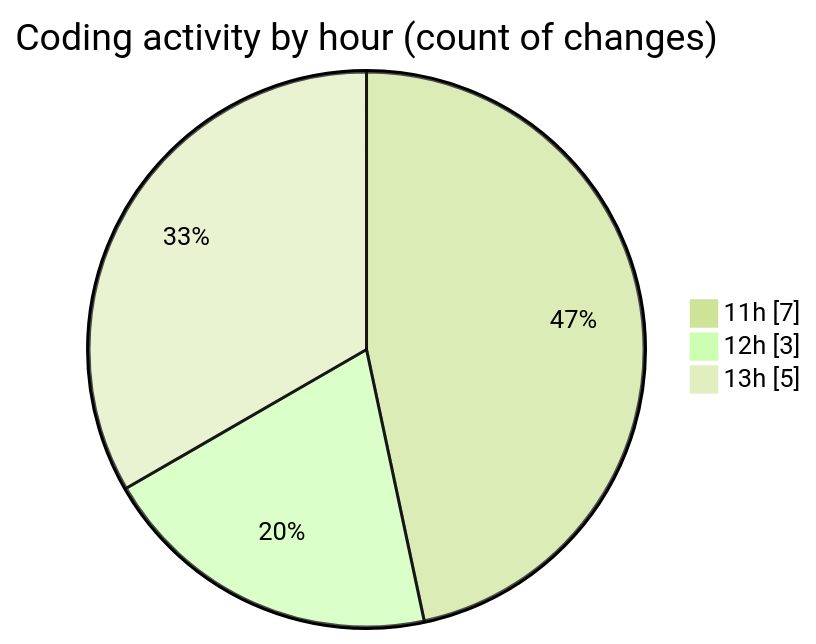
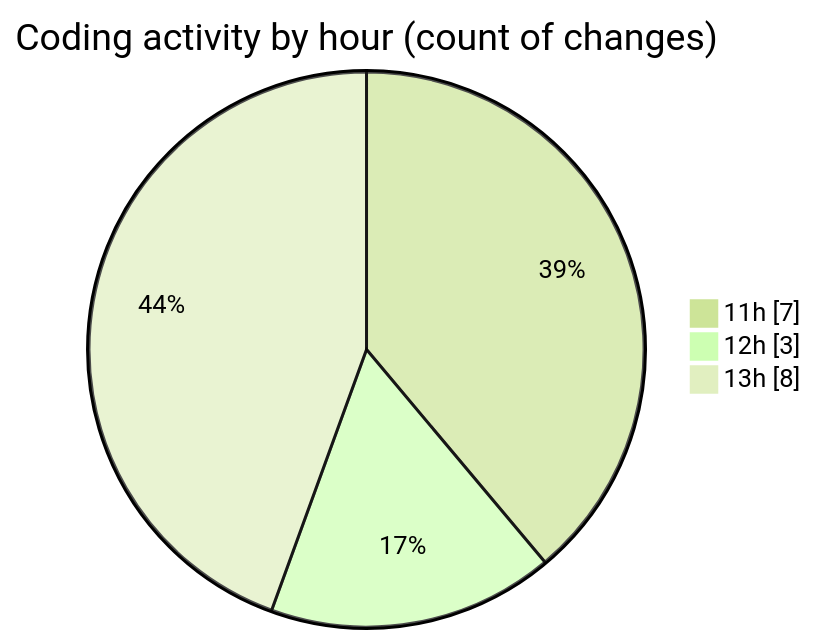
Before and after one commit to julien-gomy/code-tracking: the second of 2 diagrams in 2025-10-20/usr_aleoudev_fr__workspace_/README.md, drawn with Mermaid (forest theme). The commit also changed other lines of this file and 1 other file, not shown here.

````diff
--- a/2025-10-20/usr_aleoudev_fr__workspace_/README.md
+++ b/2025-10-20/usr_aleoudev_fr__workspace_/README.md
@@ -31,7 +31,7 @@
 ```mermaid
 pie showData
 title Coding activity by hour (count of changes)
 "11h" : 7
 "12h" : 3
-"13h" : 5
+"13h" : 8
 ```
````
